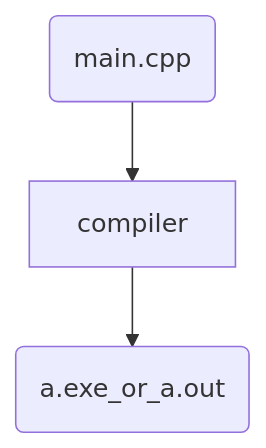
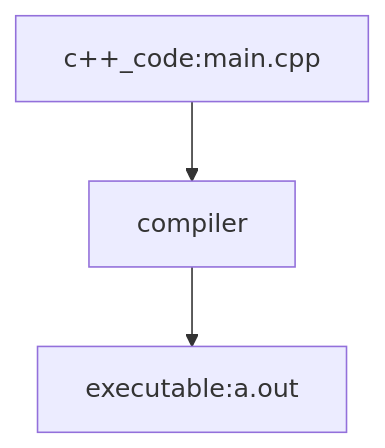
Before and after one commit to canizalesjaime/Mth4300_algorithms_and_programming: the diagram in class_notes/week1/intro-08_29/readme.md, drawn with Mermaid.

Commit message:
fixed graph

````diff
--- a/class_notes/week1/intro-08_29/readme.md
+++ b/class_notes/week1/intro-08_29/readme.md
@@ -7,5 +7,5 @@
 ```mermaid
 graph TD;
-    c++_code(main.cpp)-->compiler;
-    compiler-->executable(a.exe_or_a.out);
+    c++_code:main.cpp-->compiler;
+    compiler-->executable:a.out;
 ```
````
